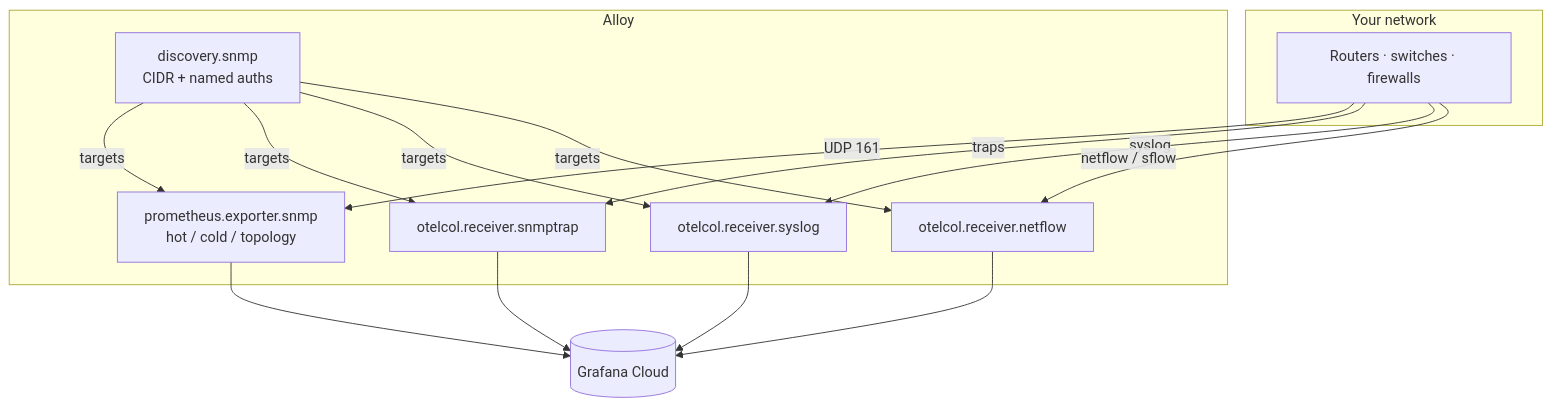
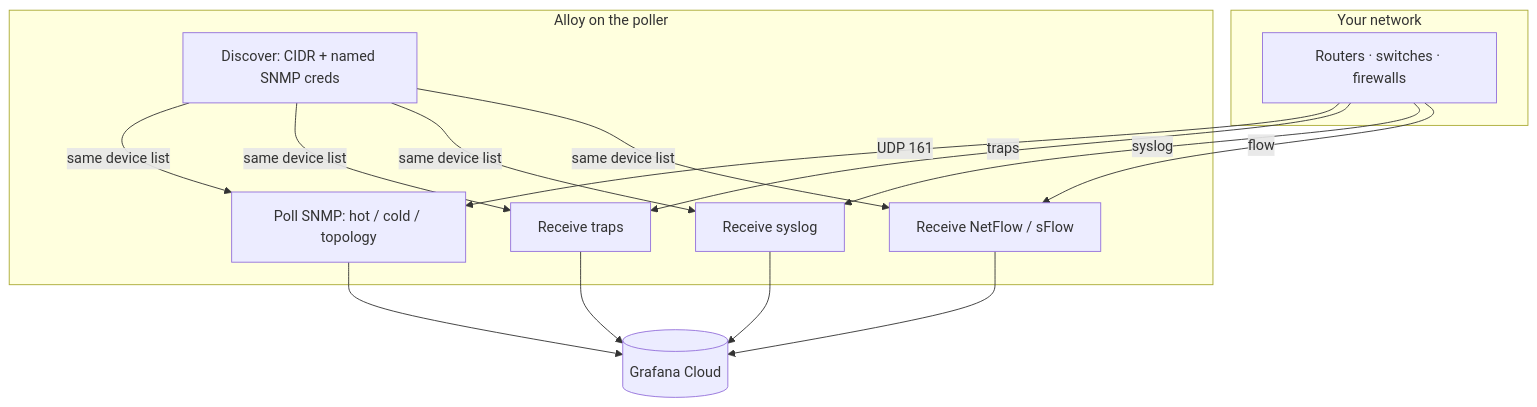
One commit to Mesverrum/grafana-network-o11y-guide changed the diagram in docs/architecture.md. Above: the diagram before and after it, drawn with Mermaid. The commit also changed other lines of this file and 15 other files, not shown here.

````diff
--- a/docs/architecture.md
+++ b/docs/architecture.md
@@ -7,26 +7,26 @@
 ```mermaid
 flowchart TB
   subgraph net["Your network"]
     DEV["Routers · switches · firewalls"]
   end
-  subgraph alloy["Alloy"]
-    SD["discovery.snmp<br/>CIDR + named auths"]
-    POLL["prometheus.exporter.snmp<br/>hot / cold / topology"]
-    TRAP["otelcol.receiver.snmptrap"]
-    SYS["otelcol.receiver.syslog"]
-    FLOW["otelcol.receiver.netflow"]
+  subgraph alloy["Alloy on the poller"]
+    SD["Discover: CIDR + named SNMP creds"]
+    POLL["Poll SNMP: hot / cold / topology"]
+    TRAP["Receive traps"]
+    SYS["Receive syslog"]
+    FLOW["Receive NetFlow / sFlow"]
   end
   GC[("Grafana Cloud")]
   DEV -->|UDP 161| POLL
-  SD -->|targets| POLL
-  SD -->|targets| TRAP
-  SD -->|targets| SYS
-  SD -->|targets| FLOW
+  SD -->|same device list| POLL
+  SD -->|same device list| TRAP
+  SD -->|same device list| SYS
+  SD -->|same device list| FLOW
   DEV -->|traps| TRAP
   DEV -->|syslog| SYS
-  DEV -->|netflow / sflow| FLOW
+  DEV -->|flow| FLOW
   POLL --> GC
   TRAP --> GC
   SYS --> GC
   FLOW --> GC
 ```
````
